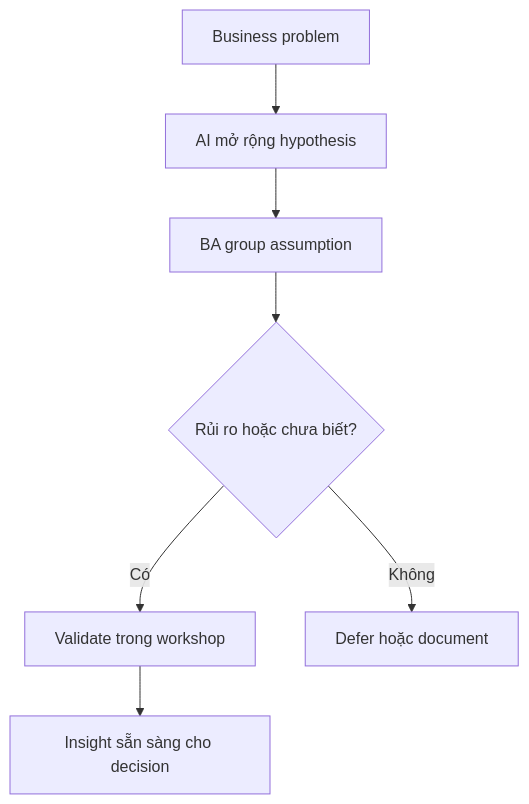
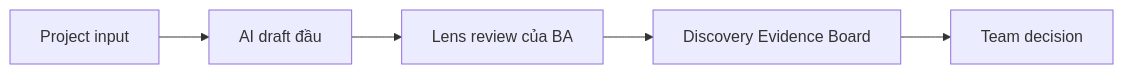
The first of 2 diagrams in docs/vi/lessons/discovery-with-ai/index.md (anhtnt90dev/ai-for-ba), drawn with Mermaid before and after one commit. The commit also changed other lines of this file and 40 other files, not shown here.

````diff
--- a/docs/vi/lessons/discovery-with-ai/index.md
+++ b/docs/vi/lessons/discovery-with-ai/index.md
@@ -68,9 +84,12 @@
 ```mermaid
-flowchart TD
-    A["Business problem"] --> B["AI mở rộng hypothesis"]
-    B --> C["BA group assumption"]
-    C --> D{"Rủi ro hoặc chưa biết?"}
-    D -->|Có| E["Validate trong workshop"]
-    D -->|Không| F["Defer hoặc document"]
-    E --> G["Insight sẵn sàng cho decision"]
+flowchart LR
+    A["Project input"]
+    B["AI draft đầu"]
+    A --> B
+    C["Lens review của BA"]
+    B --> C
+    D["Discovery Evidence Board"]
+    C --> D
+    E["Team decision"]
+    D --> E
 ```
````
